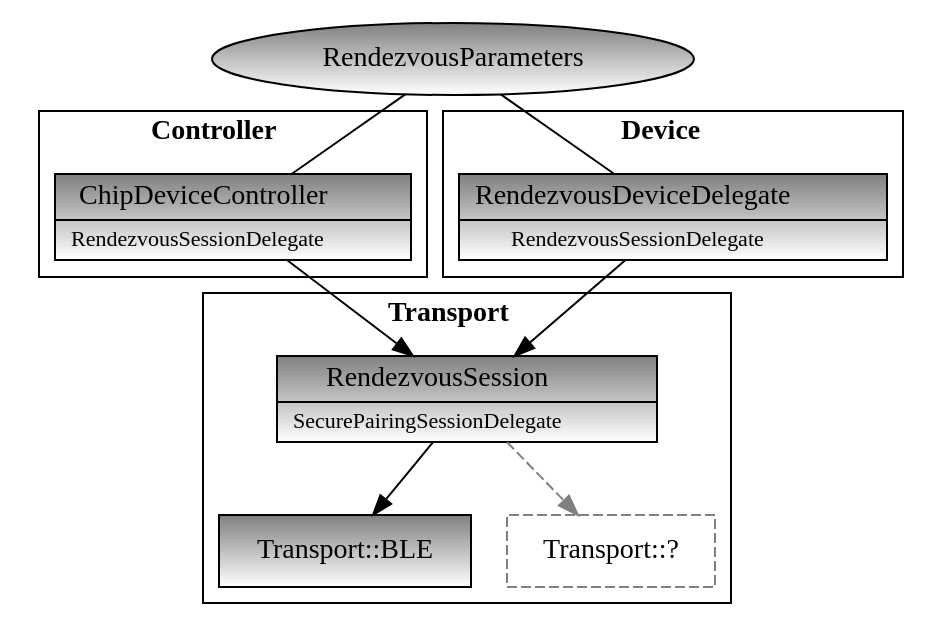
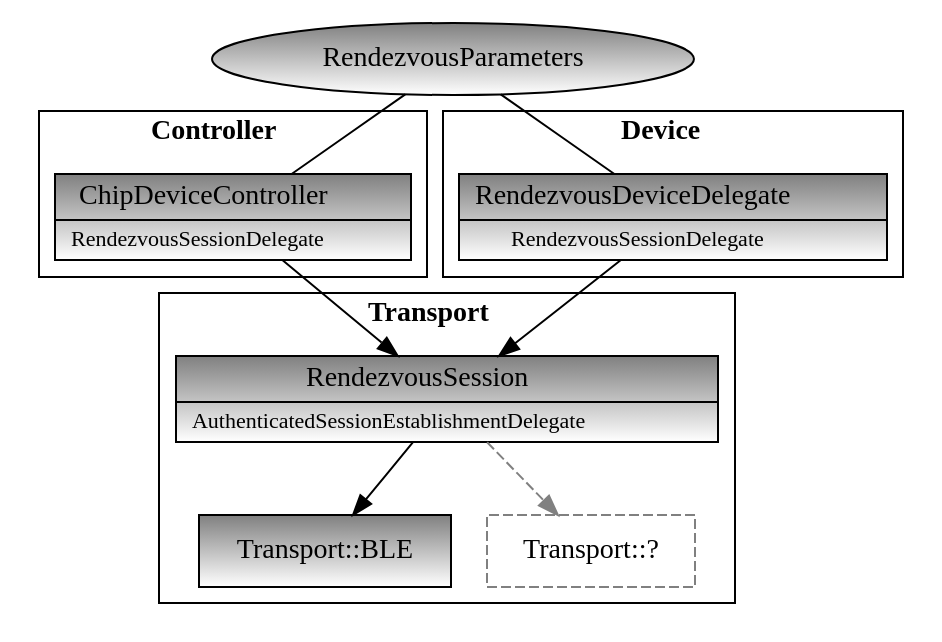
The diagram in docs/dots/Rendezvous/RendezvousSessionGeneral.dot (project-chip/connectedhomeip), drawn with Graphviz before and after one commit. The commit also changed 9 other files, not shown here.

```diff
--- a/docs/dots/Rendezvous/RendezvousSessionGeneral.dot
+++ b/docs/dots/Rendezvous/RendezvousSessionGeneral.dot
@@ -1,37 +1,37 @@
 digraph RendezvousSession
 {
   node [shape=box, fillcolor="white:gray", gradientangle=90, style=filled]
 
   # This section represents controller-only elements
   subgraph cluster_controller {
     label=<<b>Controller</b>>
 
     ChipDeviceController [shape=record label=<{ChipDeviceController|<font point-size="11">RendezvousSessionDelegate</font>}>, URL="@ref chip::DeviceController::ChipDeviceController"]
   }
 
   # This section represents device-only elements
   subgraph cluster_device {
     label=<<b>Device</b>>
 
     RendezvousDeviceDelegate [shape=record label=<{RendezvousDeviceDelegate|<font point-size="11">RendezvousSessionDelegate</font>}> URL="@ref chip::RendezvousSessionDelegate"]
   }
 
   # This section represents elements which belongs to src/transport/
   subgraph cluster_transport {
     label=<<b>Transport</b>>
 
-    RendezvousSession [shape=record, label=<{RendezvousSession|<font point-size="11">SecurePairingSessionDelegate</font>}>, URL="@ref chip::SecurePairingSessionDelegate"]
+    RendezvousSession [shape=record, label=<{RendezvousSession|<font point-size="11">AuthenticatedSessionEstablishmentDelegate</font>}>, URL="@ref chip::AuthenticatedSessionEstablishmentDelegate"]
     TransportBle [label="Transport::BLE", URL="@ref chip::Transport::BLE"]
     TransportInet [label="Transport::?", style=dashed, color=gray]
   }
 
   #############################
   # Main relationships
   #############################
   RendezvousParameters [shape=ellipse, URL="@ref chip::RendezvousParameters"]
   RendezvousParameters -> { ChipDeviceController, RendezvousDeviceDelegate} [arrowhead=none]
 
   {ChipDeviceController, RendezvousDeviceDelegate} -> RendezvousSession
   RendezvousSession -> TransportBle
   RendezvousSession -> TransportInet [style=dashed, color=gray]
 }
```
